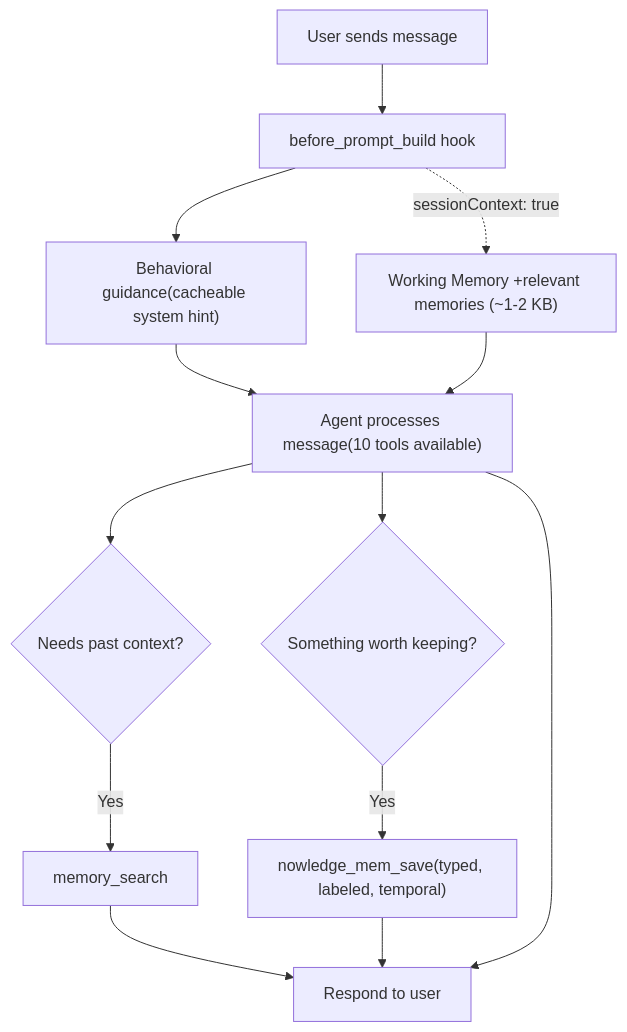
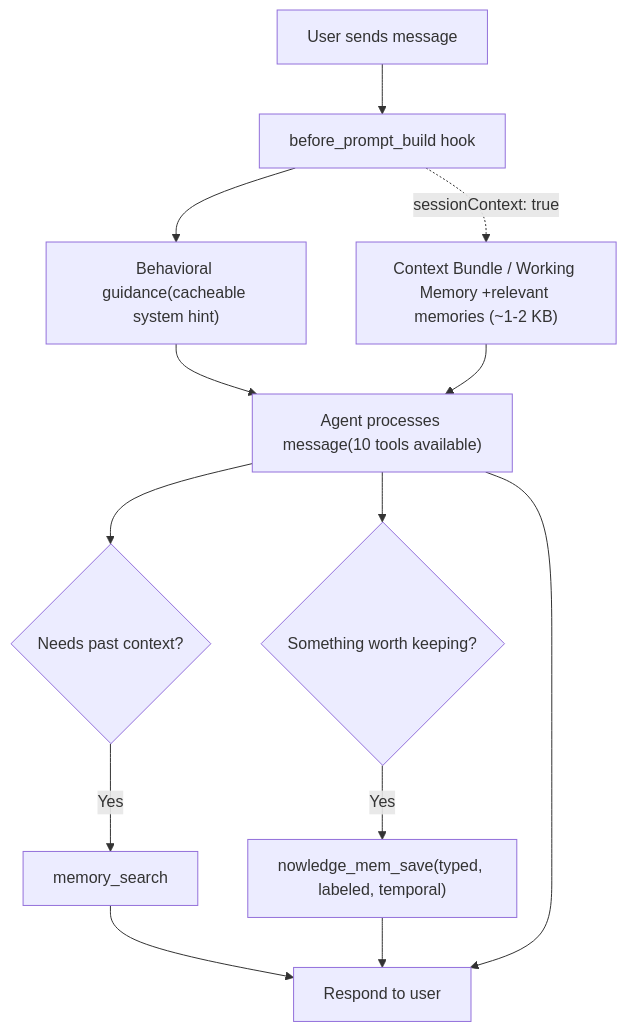
Before and after one commit to nowledge-co/community: the first of 5 diagrams in nowledge-mem-openclaw-plugin/README.md, drawn with Mermaid. The commit also changed other lines of this file and 44 other files, not shown here.

Commit message:
docs: align integrations with context bundle

````diff
--- a/nowledge-mem-openclaw-plugin/README.md
+++ b/nowledge-mem-openclaw-plugin/README.md
@@ -143,20 +145,20 @@
 ```mermaid
 flowchart TD
     A["User sends message"] --> B["before_prompt_build hook"]
 
     B --> C["Behavioral guidance(cacheable system hint)"]
-    B -.->|"sessionContext: true"| D["Working Memory +relevant memories (~1-2 KB)"]
+    B -.->|"sessionContext: true"| D["Context Bundle / Working Memory +relevant memories (~1-2 KB)"]
 
     C --> E["Agent processes message(10 tools available)"]
     D --> E
 
     E --> F{"Needs past context?"}
     F -->|"Yes"| G["memory_search"]
     G --> R
 
     E --> H{"Something worth keeping?"}
     H -->|"Yes"| I["nowledge_mem_save(typed, labeled, temporal)"]
     I --> R
 
     E --> R["Respond to user"]
 ```
````
